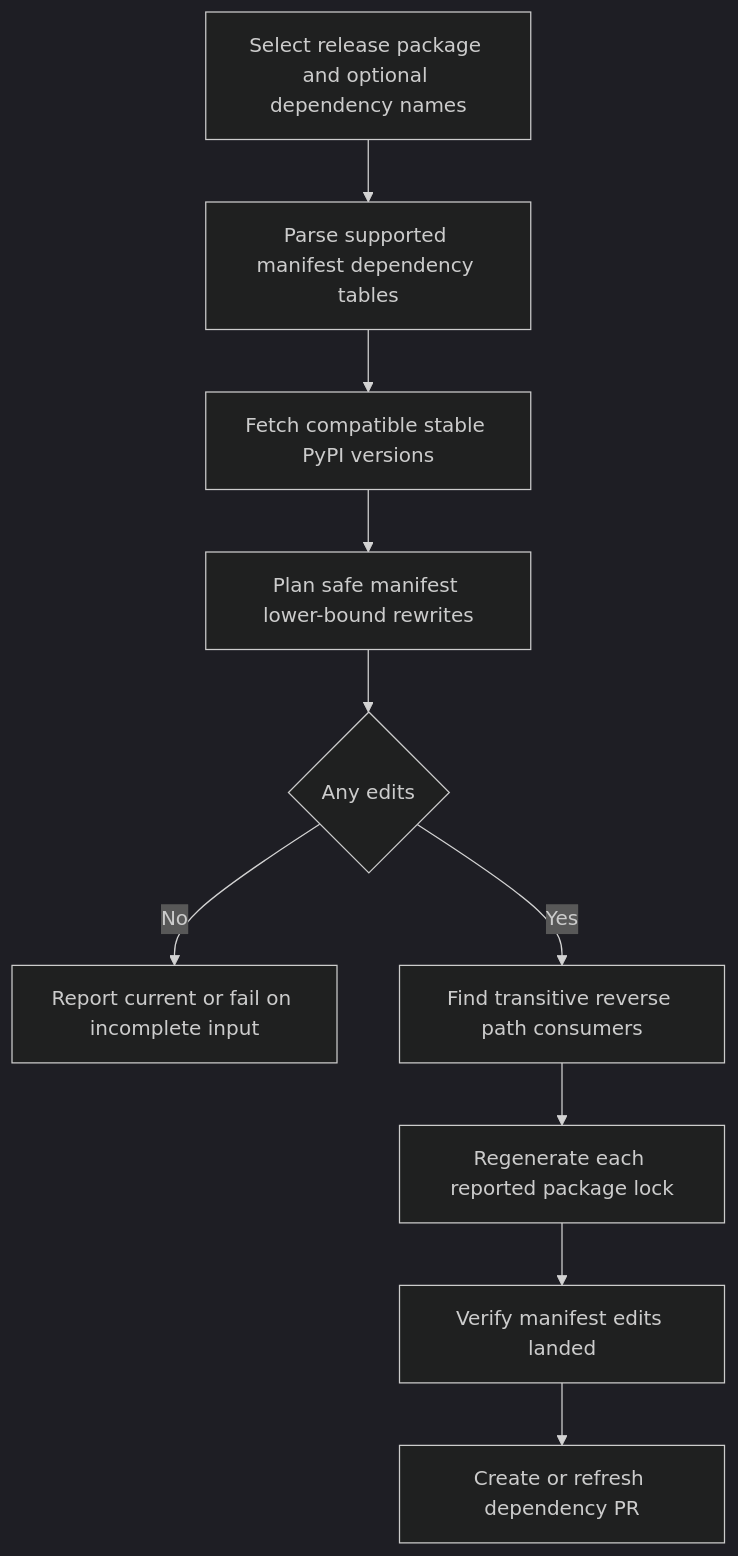
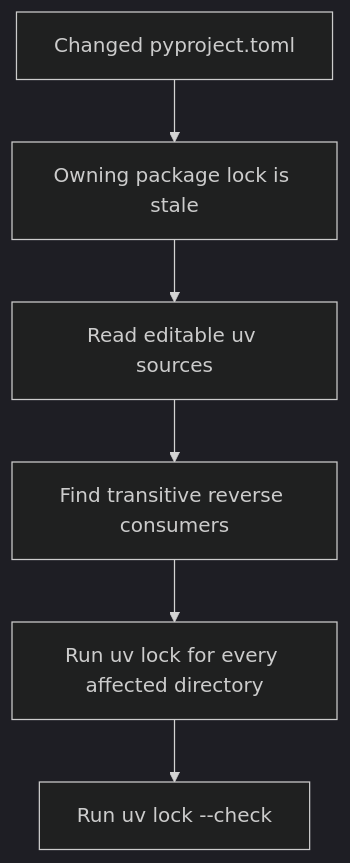
The diagram in openwiki/operations/development.md (langchain-ai/deepagents), drawn with Mermaid (dark theme) before and after one commit. The commit also changed other lines of this file and 47 other files, not shown here.

````diff
--- a/openwiki/operations/development.md
+++ b/openwiki/operations/development.md
@@ -137,12 +93,8 @@
 ```mermaid
 flowchart TD
-    Select["Select release package and optional dependency names"] --> Scope["Parse supported manifest dependency tables"]
-    Scope --> Fetch["Fetch compatible stable PyPI versions"]
-    Fetch --> Plan["Plan safe manifest lower-bound rewrites"]
-    Plan --> Changed{"Any edits"}
-    Changed -->|"No"| Current["Report current or fail on incomplete input"]
-    Changed -->|"Yes"| Closure["Find transitive reverse path consumers"]
-    Closure --> Lock["Regenerate each reported package lock"]
-    Lock --> Verify["Verify manifest edits landed"]
-    Verify --> PR["Create or refresh dependency PR"]
+    Manifest["Changed pyproject.toml"] --> Direct["Owning package lock is stale"]
+    Direct --> Scan["Read editable uv sources"]
+    Scan --> Closure["Find transitive reverse consumers"]
+    Closure --> Resolve["Run uv lock for every affected directory"]
+    Resolve --> Check["Run uv lock --check"]
 ```
````
